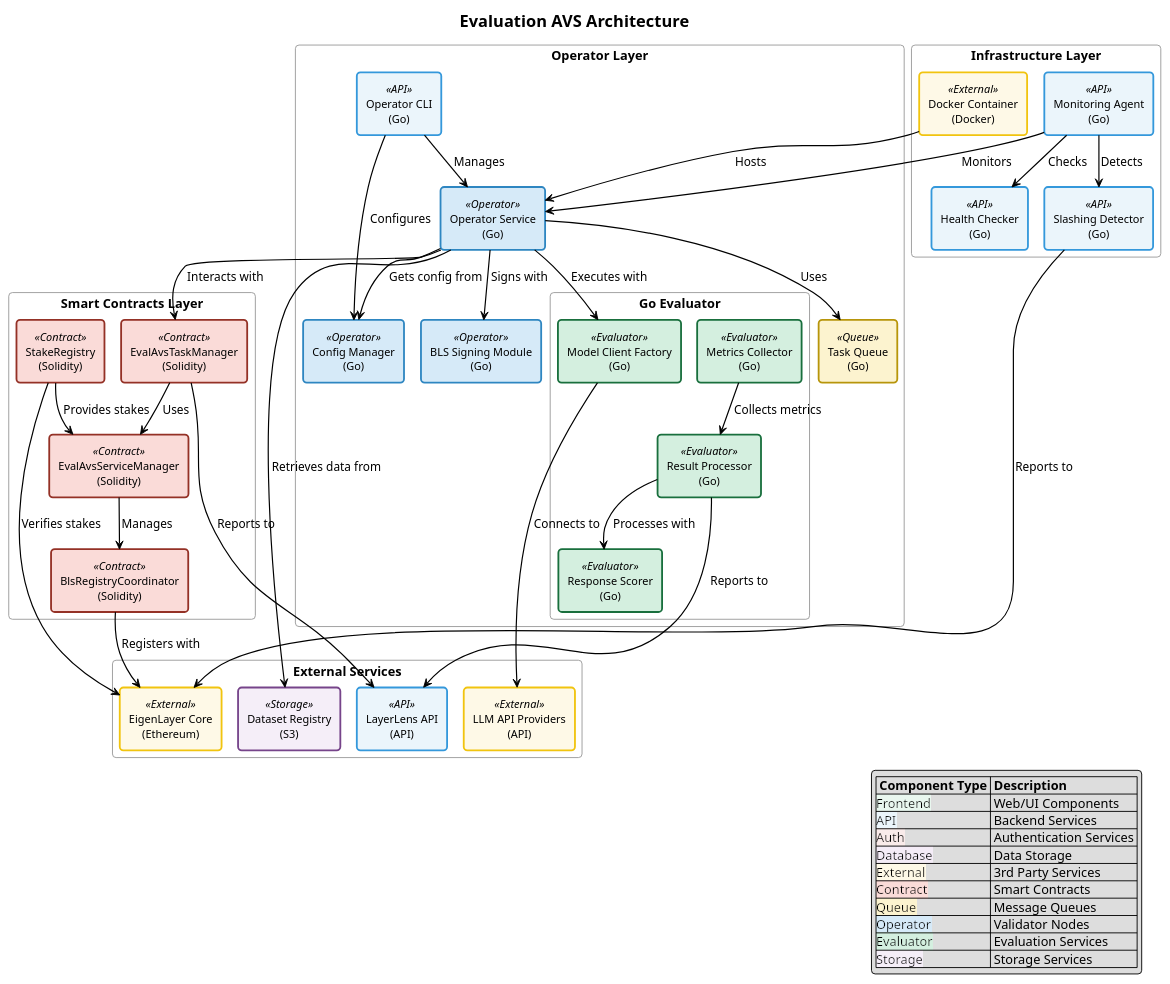
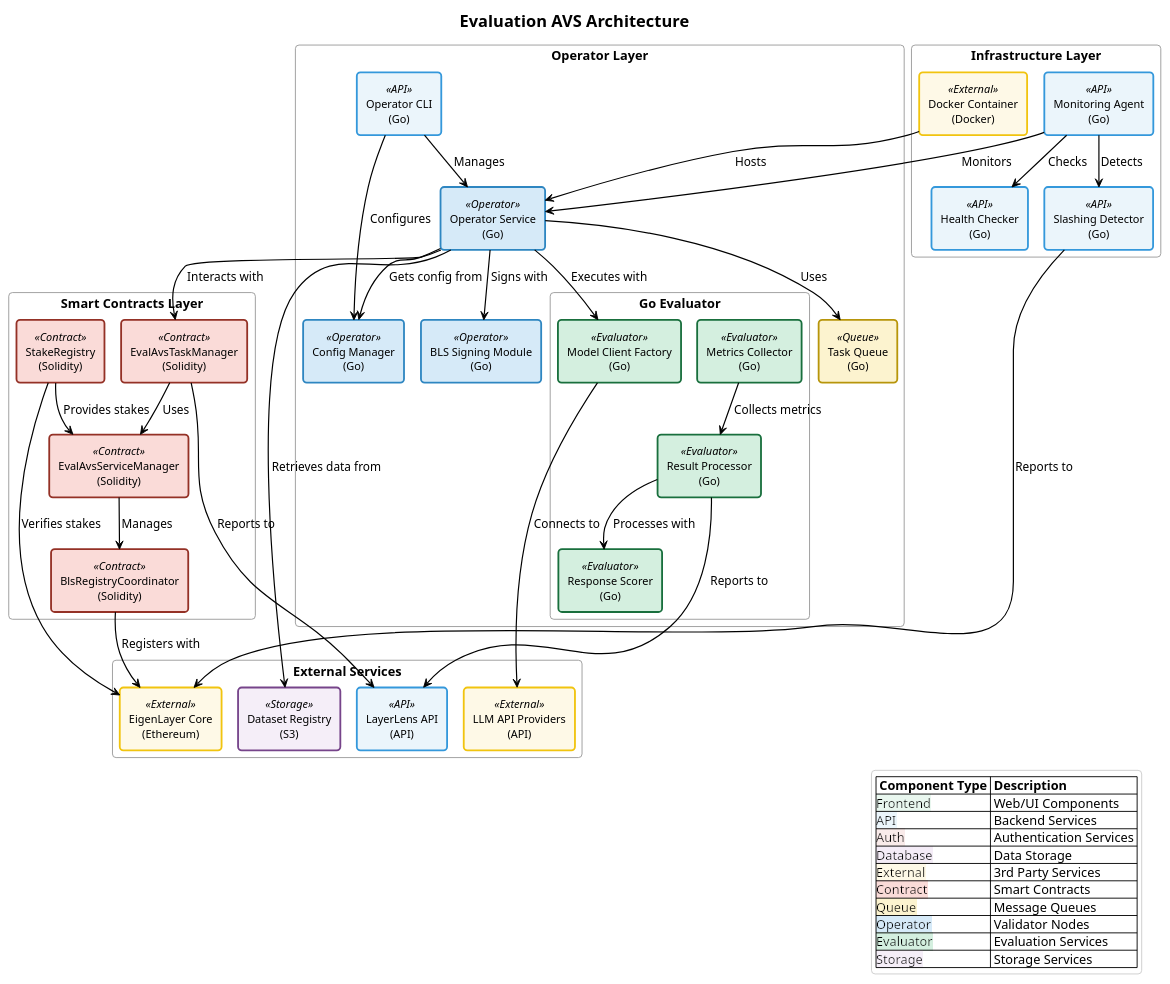
The diagram in plantuml-diagrams/avs-architecture.puml (k-g-j/ll-sequence-diagrams), drawn with PlantUML before and after one commit. The commit also changed 7 other files, not shown here.

First line of the commit message:
Fix legend tables in architecture diagrams to have white backgrounds

```diff
--- a/plantuml-diagrams/avs-architecture.puml
+++ b/plantuml-diagrams/avs-architecture.puml
@@ -1,175 +1,177 @@
 @startuml avs-architecture
 !pragma layout smetana
 
 ' Define custom colors to match sequence diagrams
 skinparam component<<Frontend>> {
   BackgroundColor #E9F7EF
   BorderColor #27AE60
   BorderThickness 2
 }
 
 skinparam component<<API>> {
   BackgroundColor #EBF5FB
   BorderColor #3498DB
   BorderThickness 2
 }
 
 skinparam component<<Auth>> {
   BackgroundColor #F9EBEA
   BorderColor #E74C3C
   BorderThickness 2
 }
 
 skinparam component<<Database>> {
   BackgroundColor #F4ECF7
   BorderColor #8E44AD
   BorderThickness 2
 }
 
 skinparam component<<External>> {
   BackgroundColor #FEF9E7
   BorderColor #F1C40F
   BorderThickness 2
 }
 
 skinparam component<<Contract>> {
   BackgroundColor #FADBD8
   BorderColor #943126
   BorderThickness 2
 }
 
 skinparam component<<Queue>> {
   BackgroundColor #FCF3CF
   BorderColor #B7950B
   BorderThickness 2
 }
 
 skinparam component<<Operator>> {
   BackgroundColor #D6EAF8
   BorderColor #2E86C1
   BorderThickness 2
 }
 
 skinparam component<<Evaluator>> {
   BackgroundColor #D4EFDF
   BorderColor #196F3D
   BorderThickness 2
 }
 
 skinparam component<<Storage>> {
   BackgroundColor #F5EEF8
   BorderColor #76448A
   BorderThickness 2
 }
 
 ' Custom styling
 skinparam ArrowColor #000000
 skinparam ArrowThickness 1.3
 skinparam defaultTextAlignment center
 skinparam RoundCorner 8
 skinparam titleFontSize 18
 skinparam titleFontStyle bold
 skinparam ComponentStyle rectangle
 skinparam componentBorderThickness 1.5
 skinparam componentFontSize 12
 skinparam componentFontName Arial
 skinparam PackageStyle rectangle
 skinparam packageBackgroundColor transparent
 skinparam packageBorderColor #999999
+skinparam legendBackgroundColor #FFFFFF
+skinparam legendBorderColor #CCCCCC
 skinparam database<<Database>> {
   BackgroundColor #F4ECF7
   BorderColor #8E44AD
   BorderThickness 2
 }
 
 skinparam queue<<Queue>> {
   BackgroundColor #FCF3CF
   BorderColor #B7950B
   BorderThickness 2
 }
 
 title Evaluation AVS Architecture
 
 package "Smart Contracts Layer" {
     [EvalAvsServiceManager\n(Solidity)] as service_manager <<Contract>>
     [EvalAvsTaskManager\n(Solidity)] as task_manager <<Contract>>
     [BlsRegistryCoordinator\n(Solidity)] as bls_registry <<Contract>>
     [StakeRegistry\n(Solidity)] as stake_registry <<Contract>>
 }
 
 package "Operator Layer" {
     [Operator Service\n(Go)] as op_service <<Operator>>
     [Operator CLI\n(Go)] as op_cli <<API>>
     [Task Queue\n(Go)] as task_queue <<Queue>>
     [BLS Signing Module\n(Go)] as bls_signer <<Operator>>
     [Config Manager\n(Go)] as config_mgr <<Operator>>
     
     package "Go Evaluator" {
         [Model Client Factory\n(Go)] as model_factory <<Evaluator>>
         [Response Scorer\n(Go)] as scorer <<Evaluator>>
         [Result Processor\n(Go)] as processor <<Evaluator>>
         [Metrics Collector\n(Go)] as metrics <<Evaluator>>
     }
 }
 
 package "Infrastructure Layer" {
     [Docker Container\n(Docker)] as docker <<External>>
     [Monitoring Agent\n(Go)] as monitor <<API>>
     [Health Checker\n(Go)] as health <<API>>
     [Slashing Detector\n(Go)] as slashing <<API>>
 }
 
 package "External Services" {
     [EigenLayer Core\n(Ethereum)] as eigenlayer <<External>>
     [Dataset Registry\n(S3)] as s3 <<Storage>>
     [LLM API Providers\n(API)] as llm <<External>>
     [LayerLens API\n(API)] as api <<API>>
 }
 
 ' Contract interactions
 service_manager --> bls_registry : Manages
 task_manager --> service_manager : Uses
 stake_registry --> service_manager : Provides stakes
 bls_registry --> eigenlayer : Registers with
 stake_registry --> eigenlayer : Verifies stakes
 
 ' Operator components
 op_service --> task_queue : Uses
 op_service --> bls_signer : Signs with
 op_service --> config_mgr : Gets config from
 op_service --> model_factory : Executes with
 op_cli --> op_service : Manages
 op_cli --> config_mgr : Configures
 model_factory --> llm : Connects to
 processor --> scorer : Processes with
 metrics --> processor : Collects metrics
 processor --> api : Reports to
 
 ' Infrastructure
 docker --> op_service : Hosts
 monitor --> op_service : Monitors
 monitor --> health : Checks
 monitor --> slashing : Detects
 slashing --> eigenlayer : Reports to
 
 ' External connections
 op_service --> task_manager : Interacts with
 op_service --> s3 : Retrieves data from
 task_manager --> api : Reports to
 
 ' Add color-coding legend
 legend right
   |= Component Type |= Description |
   |<back:#E9F7EF><color:black>Frontend</color></back>| Web/UI Components |
   |<back:#EBF5FB><color:black>API</color></back>| Backend Services |
   |<back:#F9EBEA><color:black>Auth</color></back>| Authentication Services |
   |<back:#F4ECF7><color:black>Database</color></back>| Data Storage |
   |<back:#FEF9E7><color:black>External</color></back>| 3rd Party Services |
   |<back:#FADBD8><color:black>Contract</color></back>| Smart Contracts |
   |<back:#FCF3CF><color:black>Queue</color></back>| Message Queues |
   |<back:#D6EAF8><color:black>Operator</color></back>| Validator Nodes |
   |<back:#D4EFDF><color:black>Evaluator</color></back>| Evaluation Services |
   |<back:#F5EEF8><color:black>Storage</color></back>| Storage Services |
 endlegend
 
 @enduml
```
